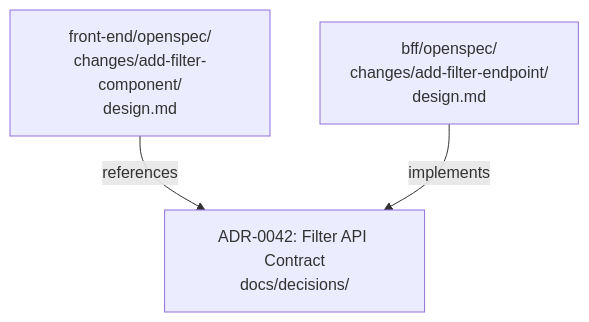
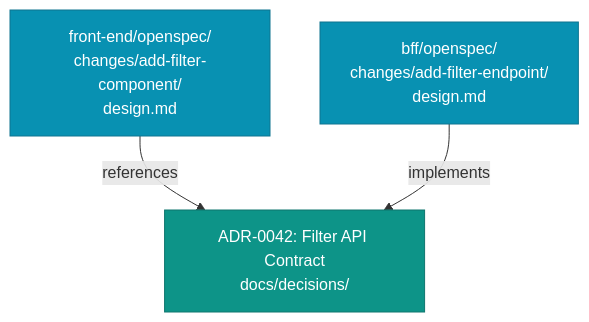
Before and after one commit to intent-engineering-for-coding-agents/book: the diagram in content/team/openspec-across-stacks.md, drawn with Mermaid. The commit also changed 3 other files, not shown here.

First line of the commit message:
Tighten PR Taxonomy prose and unify Mermaid diagram styling

````diff
--- a/content/team/openspec-across-stacks.md
+++ b/content/team/openspec-across-stacks.md
@@ -63,8 +63,11 @@
 ```mermaid
 graph TD
-  ADR["ADR-0042: Filter API Contract<br/>docs/decisions/"]
-  FE["front-end/openspec/<br/>changes/add-filter-component/<br/>design.md"]
-  BFF["bff/openspec/<br/>changes/add-filter-endpoint/<br/>design.md"]
-  FE -- "references" --> ADR
-  BFF -- "implements" --> ADR
+    classDef contract fill:#0d9488,stroke:#0f766e,color:#fff
+    classDef change fill:#0891b2,stroke:#0e7490,color:#fff
+
+    ADR["ADR-0042: Filter API Contract<br/>docs/decisions/"]:::contract
+    FE["front-end/openspec/<br/>changes/add-filter-component/<br/>design.md"]:::change
+    BFF["bff/openspec/<br/>changes/add-filter-endpoint/<br/>design.md"]:::change
+    FE -- "references" --> ADR
+    BFF -- "implements" --> ADR
 ```
````
